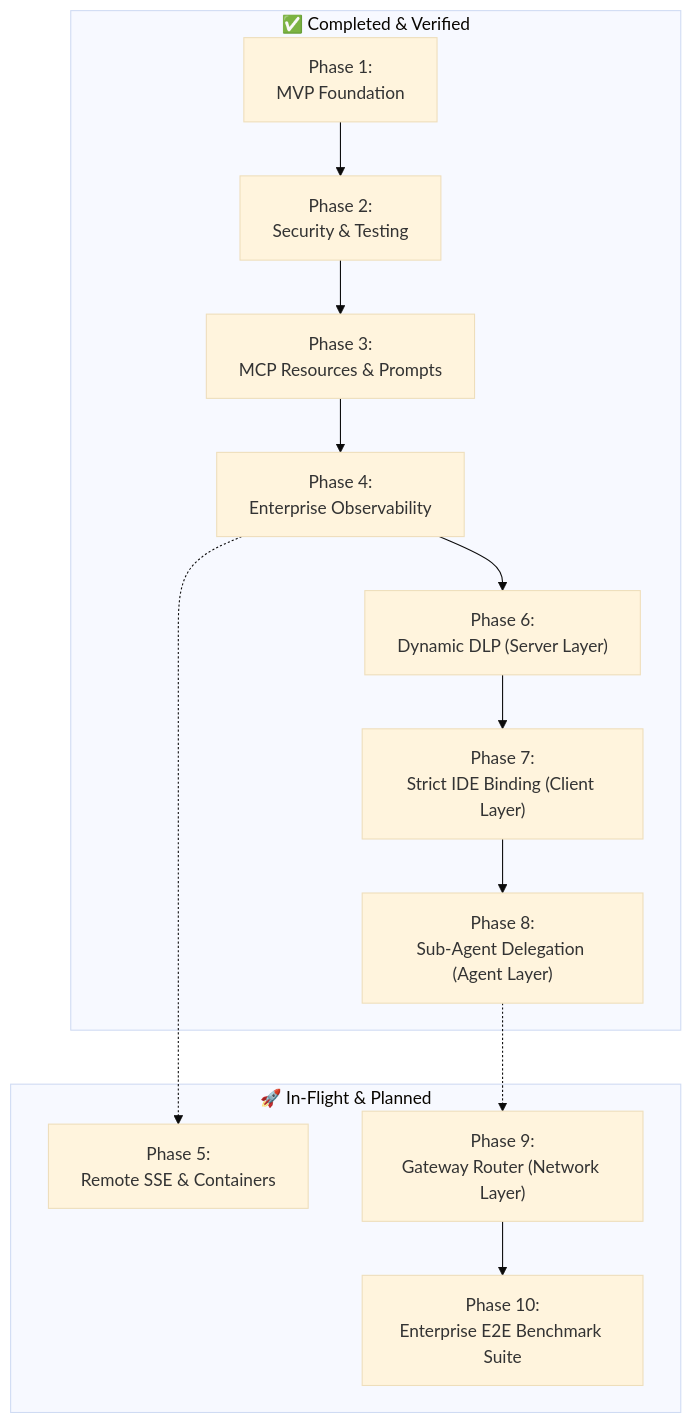
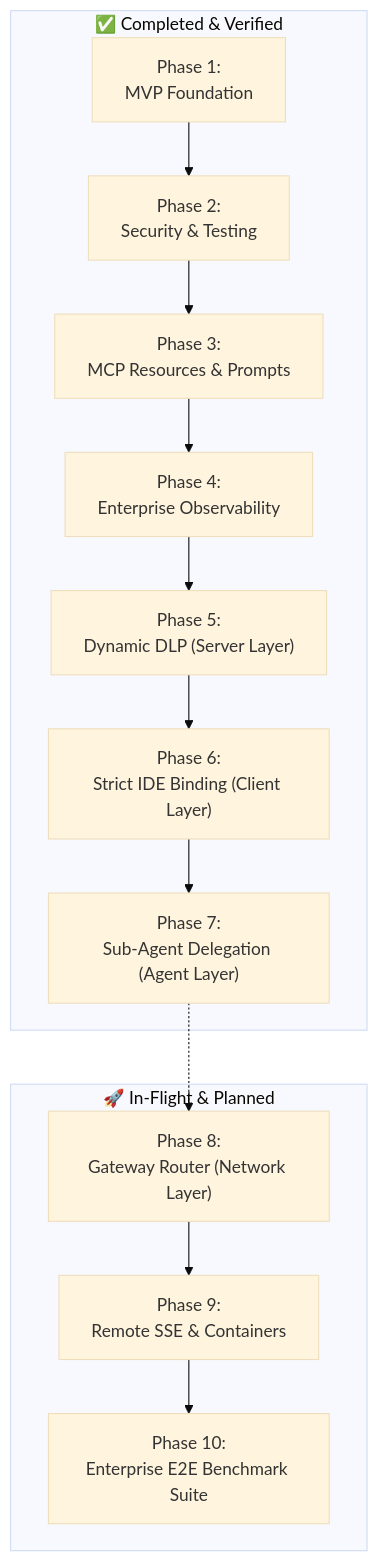
Before and after one commit to RESTfulInSeattle/Hybrid_Trust_Telemetry_MCP_Server: the third of 3 diagrams in README.md, drawn with Mermaid (base theme). The commit also changed other lines of this file and 1 other file, not shown here.

Commit message:
Roadmap: Re-order Remote SSE & Containerization to Phase 9
Sequence completed Hybrid-Trust patterns as consecutive Phases 5-7, placing Containerization & Remote Transport (SSE) as Phase 9 near the end.

````diff
--- a/README.md
+++ b/README.md
@@ -198,22 +198,21 @@
 ```mermaid
 flowchart TD
     subgraph Completed["✅ Completed & Verified"]
         M1["Phase 1:<br/>MVP Foundation"]
         M2["Phase 2:<br/>Security & Testing"]
         M3["Phase 3:<br/>MCP Resources & Prompts"]
         M4["Phase 4:<br/>Enterprise Observability"]
-        M6["Phase 6:<br/>Dynamic DLP (Server Layer)"]
-        M7["Phase 7:<br/>Strict IDE Binding (Client Layer)"]
-        M8["Phase 8:<br/>Sub-Agent Delegation (Agent Layer)"]
+        M5["Phase 5:<br/>Dynamic DLP (Server Layer)"]
+        M6["Phase 6:<br/>Strict IDE Binding (Client Layer)"]
+        M7["Phase 7:<br/>Sub-Agent Delegation (Agent Layer)"]
     end
 
     subgraph InFlight["🚀 In-Flight & Planned"]
-        M5["Phase 5:<br/>Remote SSE & Containers"]
-        M9["Phase 9:<br/>Gateway Router (Network Layer)"]
+        M8["Phase 8:<br/>Gateway Router (Network Layer)"]
+        M9["Phase 9:<br/>Remote SSE & Containers"]
         M10["Phase 10:<br/>Enterprise E2E Benchmark Suite"]
     end
 
-    M1 --> M2 --> M3 --> M4 --> M6 --> M7 --> M8
-    M4 -.-> M5
-    M8 -.-> M9 --> M10
+    M1 --> M2 --> M3 --> M4 --> M5 --> M6 --> M7
+    M7 -.-> M8 --> M9 --> M10
 ```
````
